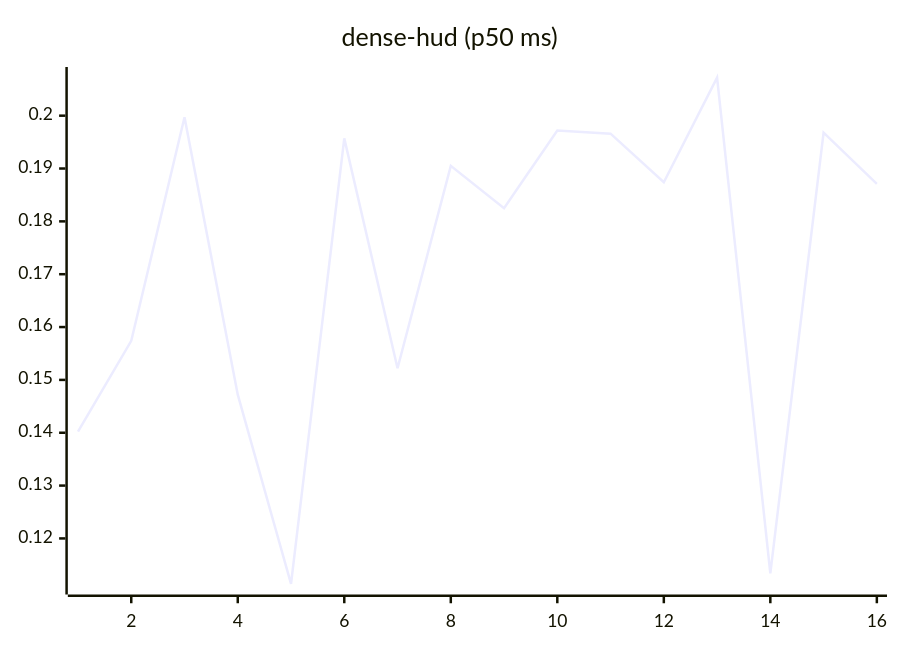
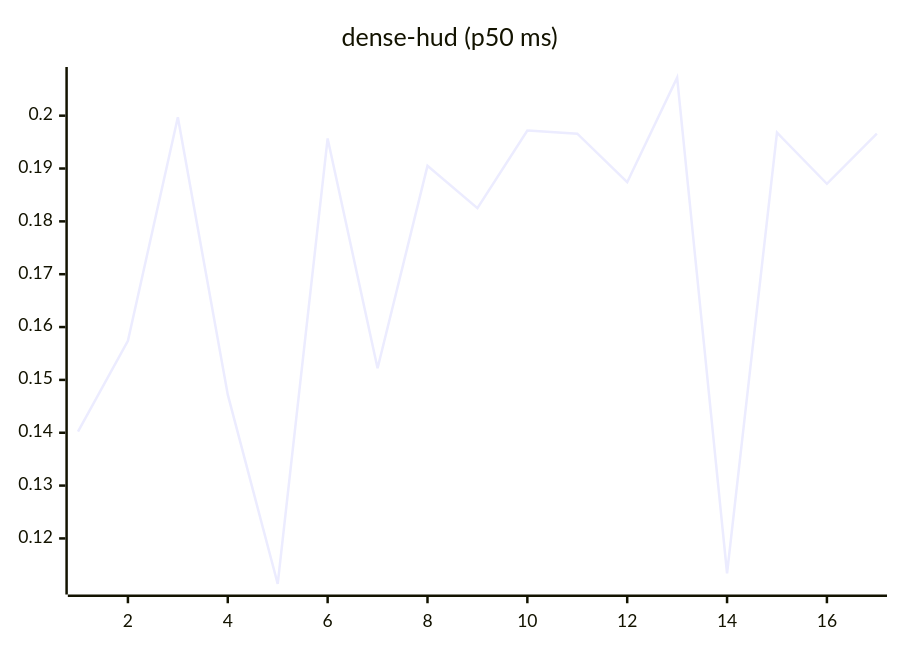
One commit to josha/Facet changed the eighth of 27 diagrams in README.md. Above: the diagram before and after it, drawn with Mermaid. The commit also changed other lines of this file and 2 other files, not shown here.

````diff
--- a/README.md
+++ b/README.md
@@ -112,6 +112,6 @@
 ```mermaid
 xychart-beta
     title "dense-hud (p50 ms)"
-    x-axis 1 --> 16
-    line [0.1402, 0.1574, 0.1997, 0.1472, 0.1114, 0.1957, 0.1522, 0.1905, 0.1825, 0.1972, 0.1966, 0.1874, 0.2072, 0.1134, 0.1968, 0.1871]
+    x-axis 1 --> 17
+    line [0.1402, 0.1574, 0.1997, 0.1472, 0.1114, 0.1957, 0.1522, 0.1905, 0.1825, 0.1972, 0.1966, 0.1874, 0.2072, 0.1134, 0.1968, 0.1871, 0.1966]
 ```
````
